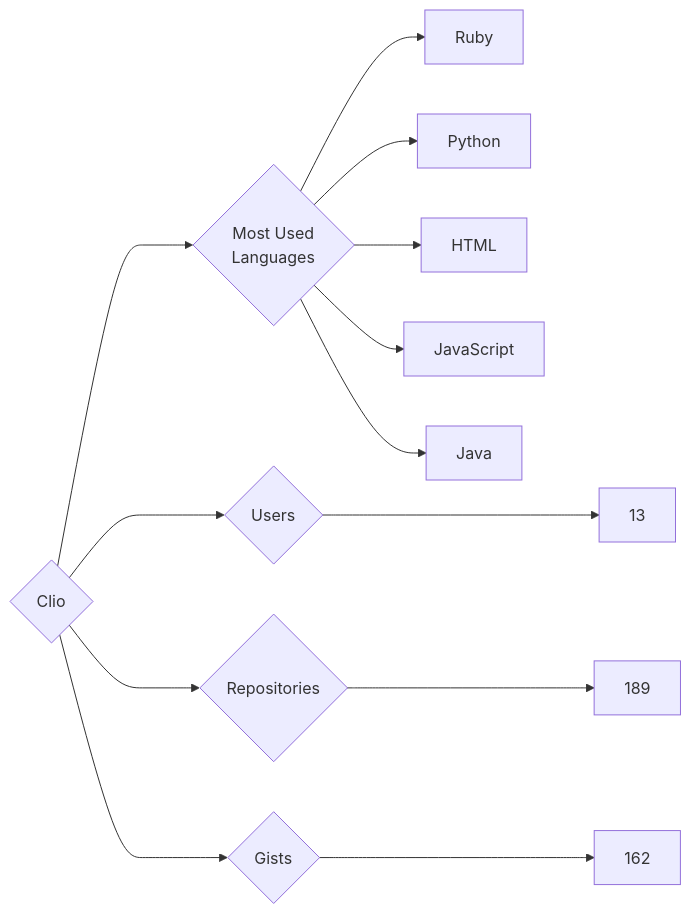
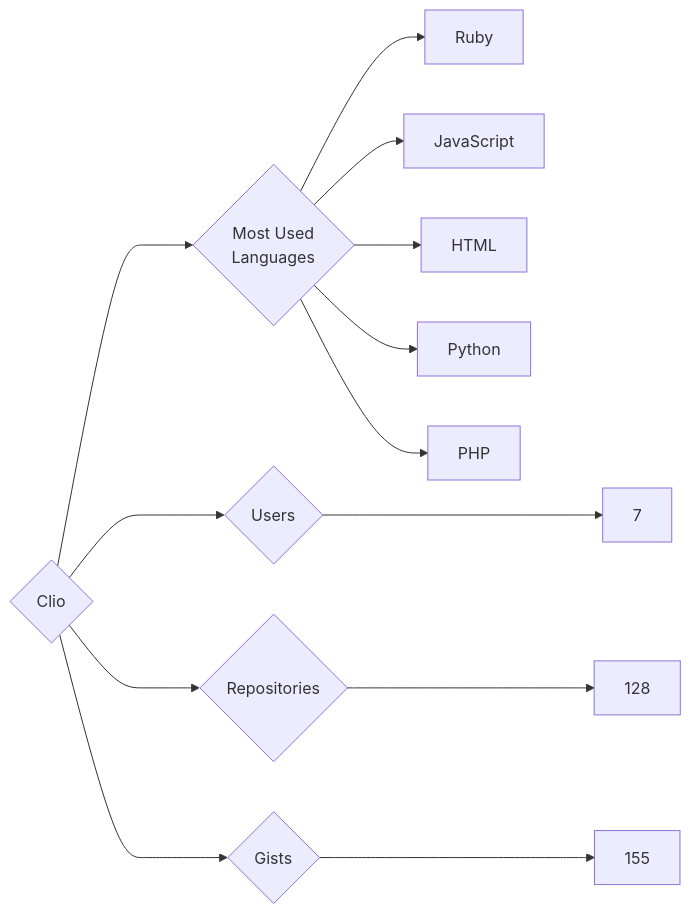
One commit to trickest/insiders changed the diagram in targets/Clio/README.md. Above: the diagram before and after it, drawn with Mermaid. The commit also changed 814 other files, not shown here.

````diff
--- a/targets/Clio/README.md
+++ b/targets/Clio/README.md
@@ -3,13 +3,13 @@
 ```mermaid
 graph LR
 COMPANY_NAME{Clio}
-COMPANY_NAME ---> U{Users} ---> UN[13]
-COMPANY_NAME ---> R{Repositories} ---> RN[189]
-COMPANY_NAME ---> G{Gists} ---> GN[162]
+COMPANY_NAME ---> U{Users} ---> UN[7]
+COMPANY_NAME ---> R{Repositories} ---> RN[128]
+COMPANY_NAME ---> G{Gists} ---> GN[155]
 COMPANY_NAME ---> ML{Most Used<br>Languages}
 ML --> Ruby[Ruby]
+ML --> JavaScript[JavaScript]
+ML --> HTML[HTML]
 ML --> Python[Python]
-ML --> HTML[HTML]
-ML --> JavaScript[JavaScript]
-ML --> Java[Java]
+ML --> PHP[PHP]
 ```
````
